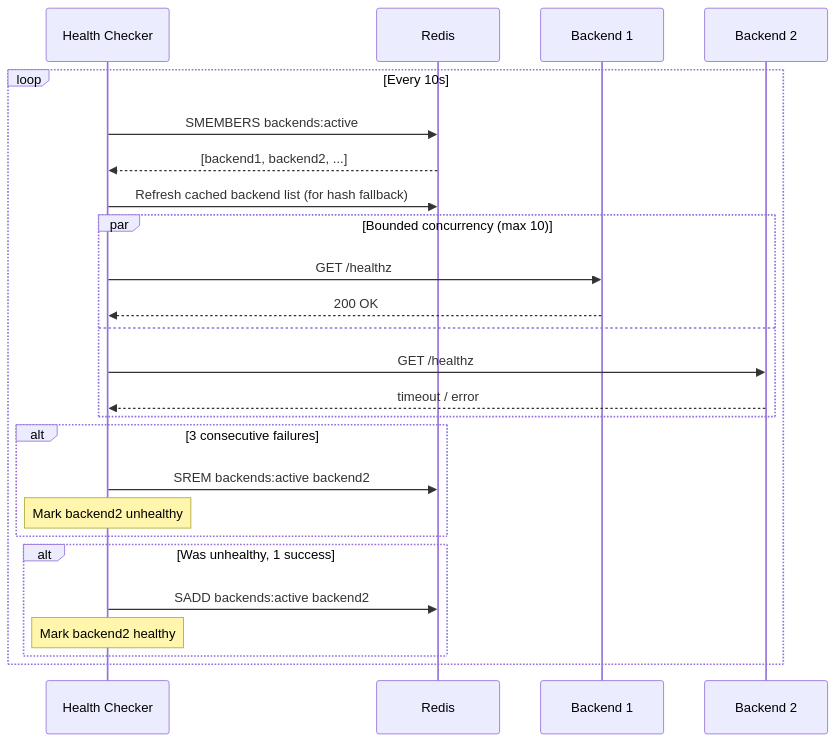
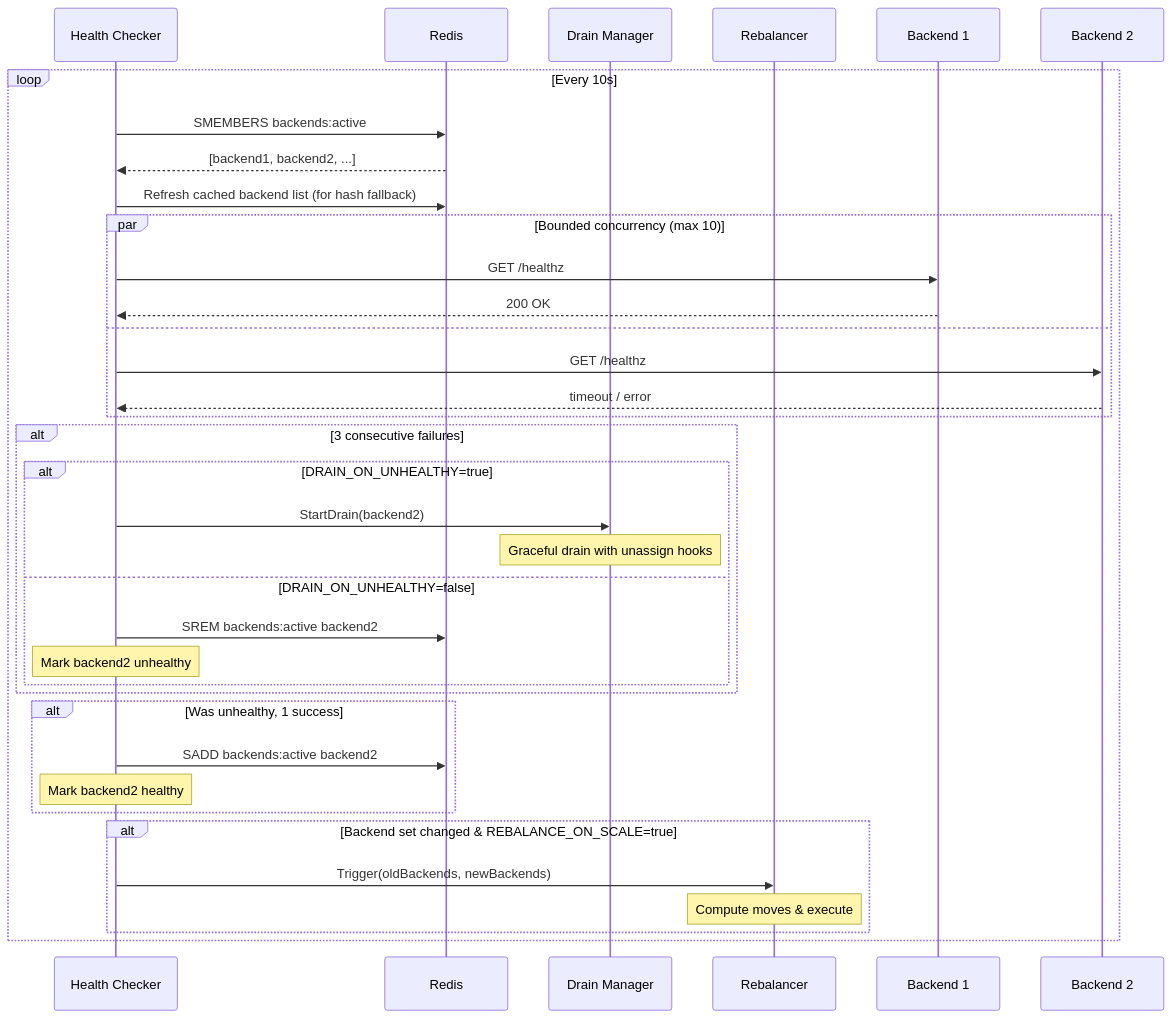
The ninth of 10 diagrams in README.md (awesome-net-dev/sticky-proxy), drawn with Mermaid before and after one commit. The commit also changed other lines of this file, not shown here.

````diff
--- a/README.md
+++ b/README.md
@@ -200,31 +283,43 @@
 ```mermaid
 sequenceDiagram
     participant HC as Health Checker
     participant R as Redis
+    participant DR as Drain Manager
+    participant RB as Rebalancer
     participant B1 as Backend 1
     participant B2 as Backend 2
 
     loop Every 10s
         HC->>R: SMEMBERS backends:active
         R-->>HC: [backend1, backend2, ...]
         HC->>R: Refresh cached backend list (for hash fallback)
 
         par Bounded concurrency (max 10)
             HC->>B1: GET /healthz
             B1-->>HC: 200 OK
         and
             HC->>B2: GET /healthz
             B2-->>HC: timeout / error
         end
 
         alt 3 consecutive failures
-            HC->>R: SREM backends:active backend2
-            Note over HC: Mark backend2 unhealthy
+            alt DRAIN_ON_UNHEALTHY=true
+                HC->>DR: StartDrain(backend2)
+                Note over DR: Graceful drain with unassign hooks
+            else DRAIN_ON_UNHEALTHY=false
+                HC->>R: SREM backends:active backend2
+                Note over HC: Mark backend2 unhealthy
+            end
         end
 
         alt Was unhealthy, 1 success
             HC->>R: SADD backends:active backend2
             Note over HC: Mark backend2 healthy
         end
+
+        alt Backend set changed & REBALANCE_ON_SCALE=true
+            HC->>RB: Trigger(oldBackends, newBackends)
+            Note over RB: Compute moves & execute
+        end
     end
 ```
````
